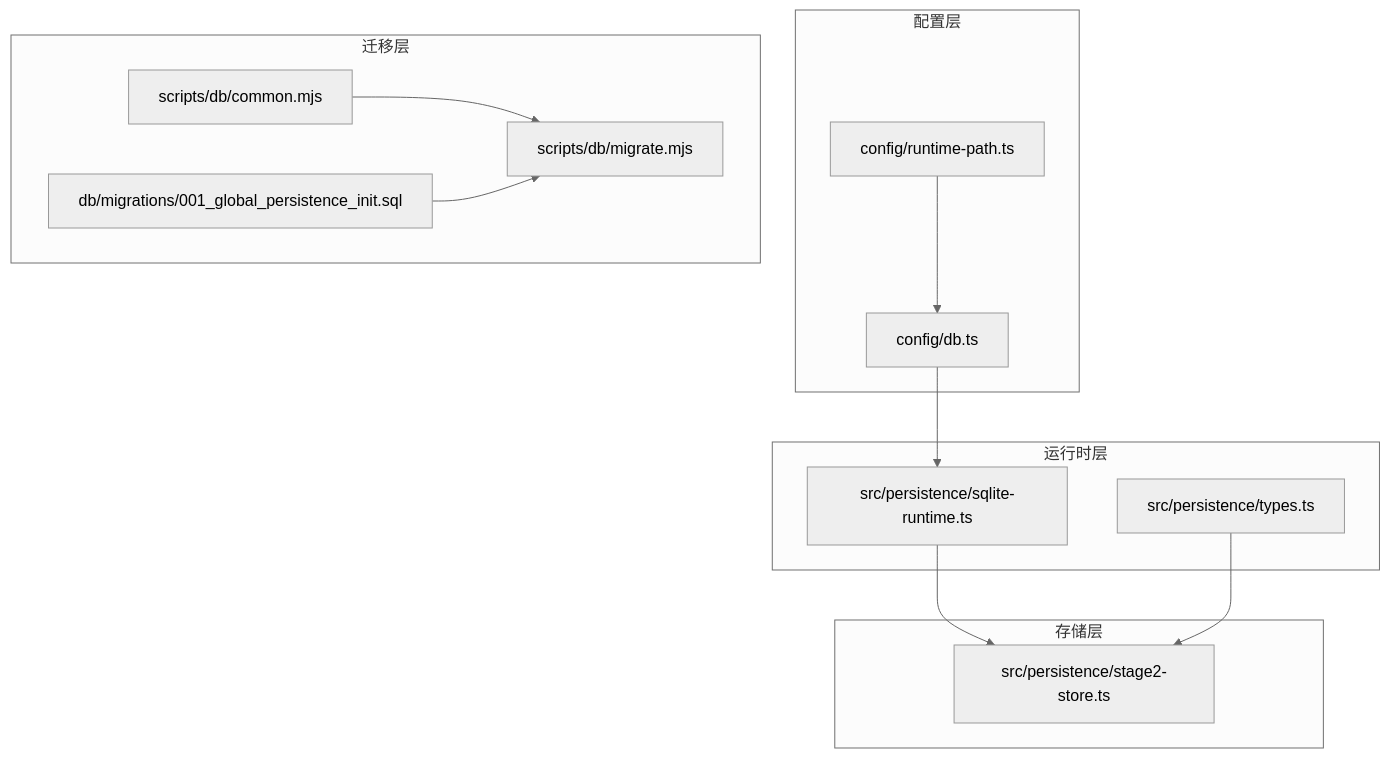
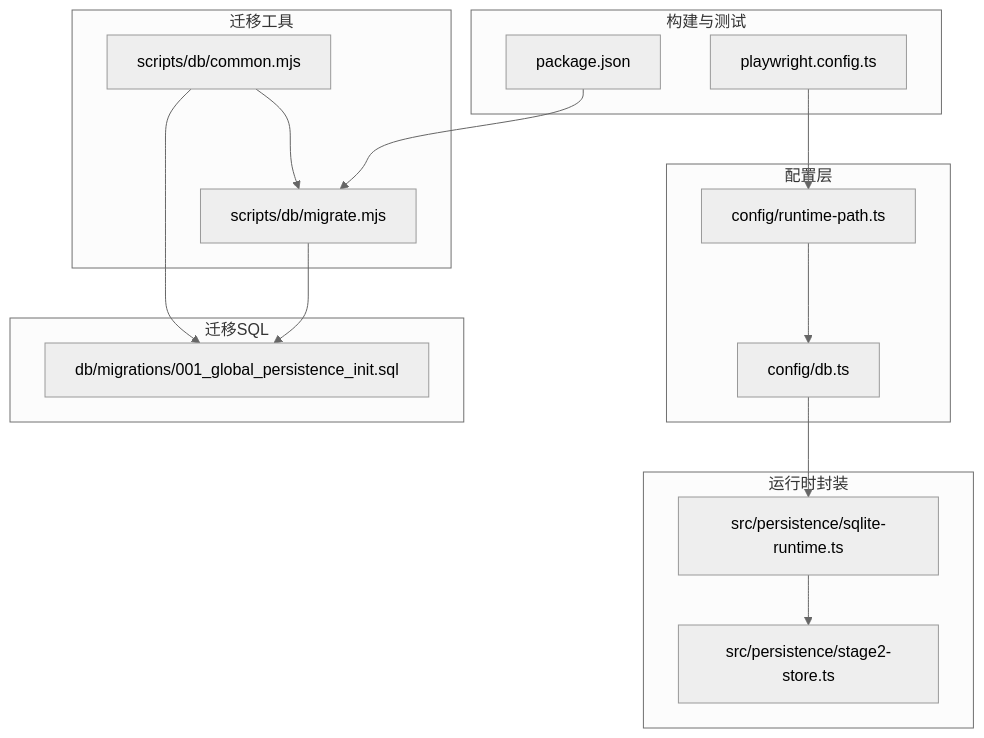
Before and after one commit to Jiane-EJ/playwright-mind: the first of 6 diagrams in .qoder/repowiki/zh/content/配置管理系统/数据库配置.md, drawn with Mermaid (neutral theme). The commit also changed other lines of this file and 151 other files, not shown here.

````diff
--- a/.qoder/repowiki/zh/content/配置管理系统/数据库配置.md
+++ b/.qoder/repowiki/zh/content/配置管理系统/数据库配置.md
@@ -40,25 +47,30 @@
 ```mermaid
 graph TB
 subgraph "配置层"
-CFG_DB["config/db.ts"]
-CFG_RT["config/runtime-path.ts"]
+A["config/db.ts"]
+B["config/runtime-path.ts"]
 end
-subgraph "运行时层"
-RT_SQL["src/persistence/sqlite-runtime.ts"]
-TYPES["src/persistence/types.ts"]
+subgraph "运行时封装"
+C["src/persistence/sqlite-runtime.ts"]
+D["src/persistence/stage2-store.ts"]
 end
-subgraph "迁移层"
-MIG_MJS["scripts/db/migrate.mjs"]
-MIG_COMMON["scripts/db/common.mjs"]
-MIG_SQL["db/migrations/001_global_persistence_init.sql"]
+subgraph "迁移工具"
+E["scripts/db/common.mjs"]
+F["scripts/db/migrate.mjs"]
 end
-subgraph "存储层"
-STAGE2["src/persistence/stage2-store.ts"]
+subgraph "迁移SQL"
+G["db/migrations/001_global_persistence_init.sql"]
 end
-CFG_DB --> RT_SQL
-CFG_RT --> CFG_DB
-MIG_COMMON --> MIG_MJS
-MIG_SQL --> MIG_MJS
-RT_SQL --> STAGE2
-TYPES --> STAGE2
+subgraph "构建与测试"
+H["package.json"]
+I["playwright.config.ts"]
+end
+A --> C
+B --> A
+C --> D
+E --> F
+E --> G
+F --> G
+H --> F
+I --> B
 ```
````
